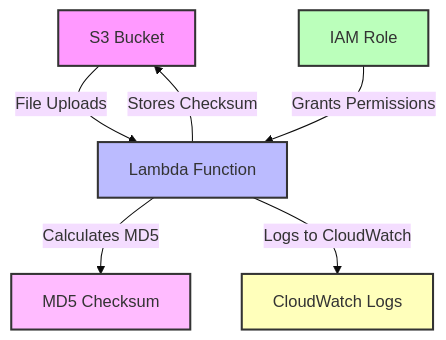
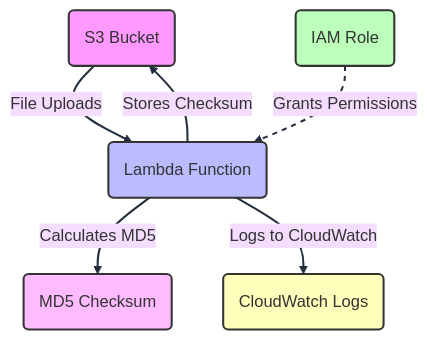
The diagram in README.md (taimax13/platform-tool), drawn with Mermaid (base theme) before and after one commit.

Commit message:
round corners

````diff
--- a/README.md
+++ b/README.md
@@ -166,23 +166,31 @@
 ```mermaid
 graph TD;
-    A[S3 Bucket] -->|File Uploads| B[Lambda Function];
-    B -->|Calculates MD5| C[MD5 Checksum];
-    B -->|Stores Checksum| A;
-    B -->|Logs to CloudWatch| D[CloudWatch Logs];
-    E[IAM Role] -->|Grants Permissions| B;
+    A("S3 Bucket")
+    B("Lambda Function")
+    C("MD5 Checksum")
+    D("CloudWatch Logs")
+    E("IAM Role")
+    
+    A -->|File Uploads| B
+    B -->|Calculates MD5| C
+    B -->|Stores Checksum| A
+    B -->|Logs to CloudWatch| D
+    E -->|Grants Permissions| B
     
     %% Adding colors, rounded corners, and dark grey text
-    A[S3 Bucket]:::s3style;
-    B[Lambda Function]:::lambdastyle;
-    C[MD5 Checksum]:::checksumstyle;
-    D[CloudWatch Logs]:::logstyle;
-    E[IAM Role]:::iamstyle;
+    A:::s3style
+    B:::lambdastyle
+    C:::checksumstyle
+    D:::logstyle
+    E:::iamstyle
 
     %% Style Definitions
-    classDef s3style fill:#f9f,stroke:#333,stroke-width:2px,stroke-linecap:round,color:#333;
-    classDef lambdastyle fill:#bbf,stroke:#333,stroke-width:2px,stroke-linecap:round,color:#333;
-    classDef checksumstyle fill:#fbf,stroke:#333,stroke-width:2px,stroke-linecap:round,color:#333;
-    classDef logstyle fill:#ffb,stroke:#333,stroke-width:2px,stroke-linecap:round,color:#333;
-    classDef iamstyle fill:#bfb,stroke:#333,stroke-width:2px,stroke-linecap:round,color:#333;
+    classDef s3style fill:#f9f,stroke:#333,stroke-width:2px,stroke-linecap:round,color:#333
+    classDef lambdastyle fill:#bbf,stroke:#333,stroke-width:2px,stroke-linecap:round,color:#333
+    classDef checksumstyle fill:#fbf,stroke:#333,stroke-width:2px,stroke-linecap:round,color:#333
+    classDef logstyle fill:#ffb,stroke:#333,stroke-width:2px,stroke-linecap:round,color:#333
+    classDef iamstyle fill:#bfb,stroke:#333,stroke-width:2px,stroke-linecap:round,color:#333
 
+    linkStyle default stroke:#232F3E,stroke-width:2px
+    linkStyle 4 stroke:#232F3E,stroke-width:2px,stroke-dasharray: 5 5
 ```
````
